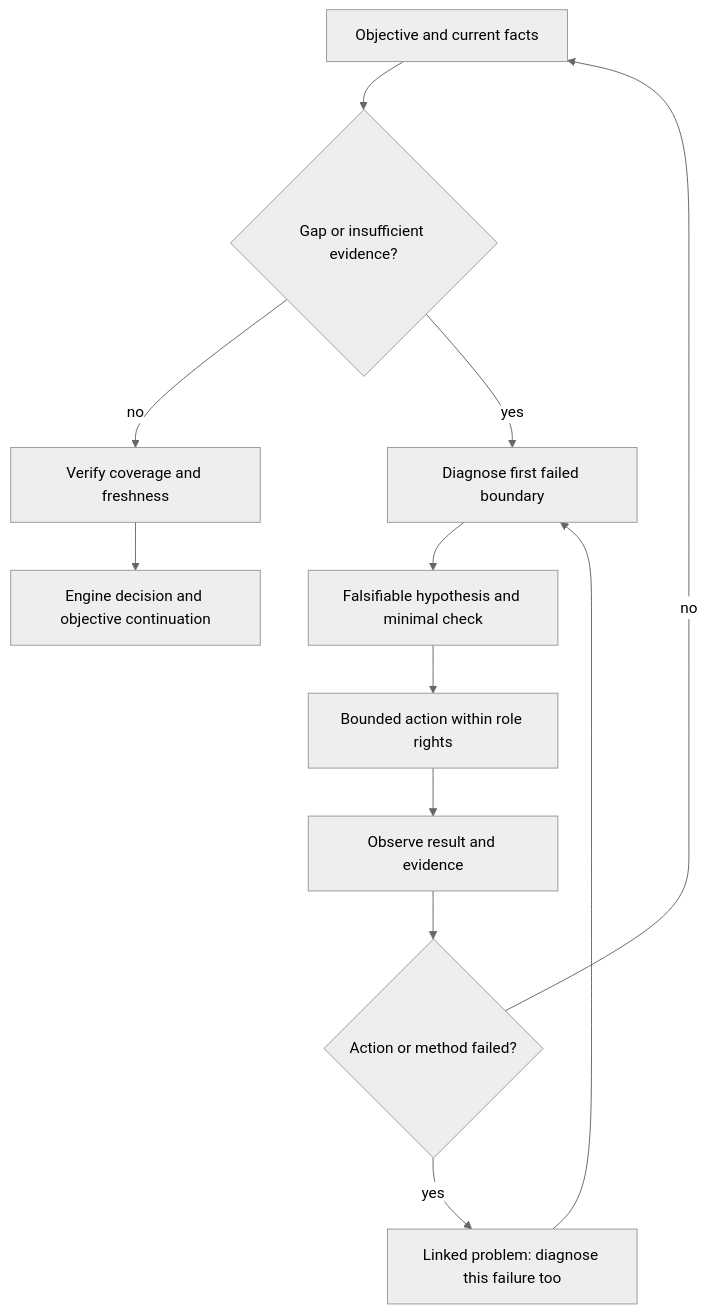
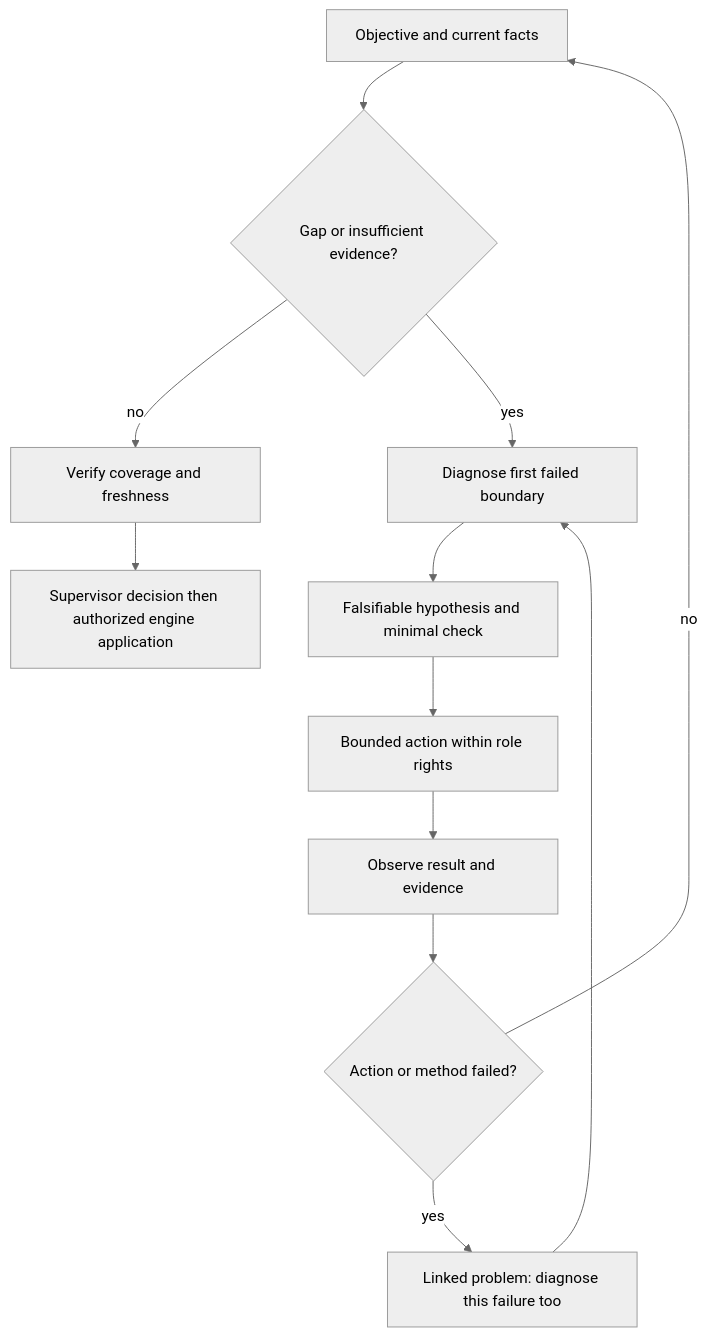
Before and after one commit to mo0ogly/swarm: the first of 13 diagrams in docs/en/AUTORECURSIVE-RECOVERY.md, drawn with Mermaid (neutral theme). The commit also changed other lines of this file and 9 other files, not shown here.

````diff
--- a/docs/en/AUTORECURSIVE-RECOVERY.md
+++ b/docs/en/AUTORECURSIVE-RECOVERY.md
@@ -18,14 +18,14 @@
 ```mermaid
 flowchart TD
     O[Objective and current facts] --> E{Gap or insufficient evidence?}
     E -->|no| V[Verify coverage and freshness]
     E -->|yes| D[Diagnose first failed boundary]
     D --> H[Falsifiable hypothesis and minimal check]
     H --> A[Bounded action within role rights]
     A --> C[Observe result and evidence]
     C --> R{Action or method failed?}
     R -->|yes| P[Linked problem: diagnose this failure too]
     P --> D
     R -->|no| O
-    V --> F[Engine decision and objective continuation]
+    V --> F[Supervisor decision then authorized engine application]
 ```
````
